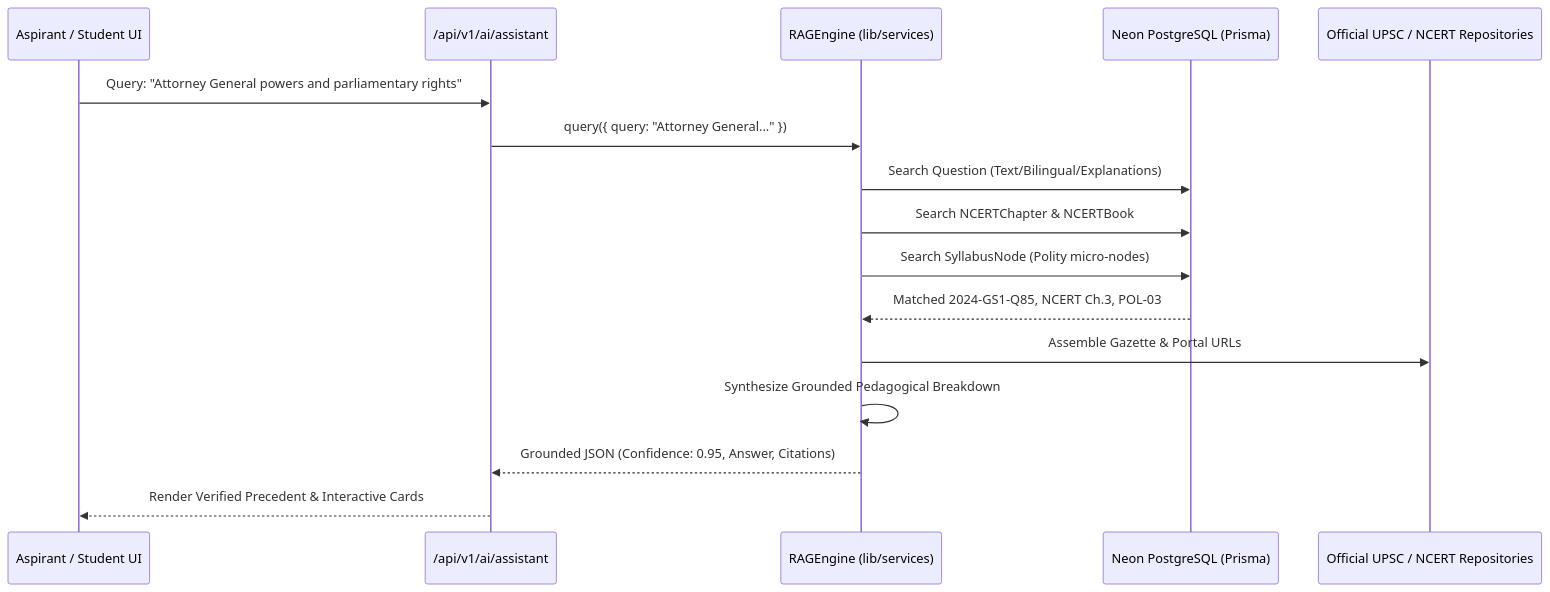
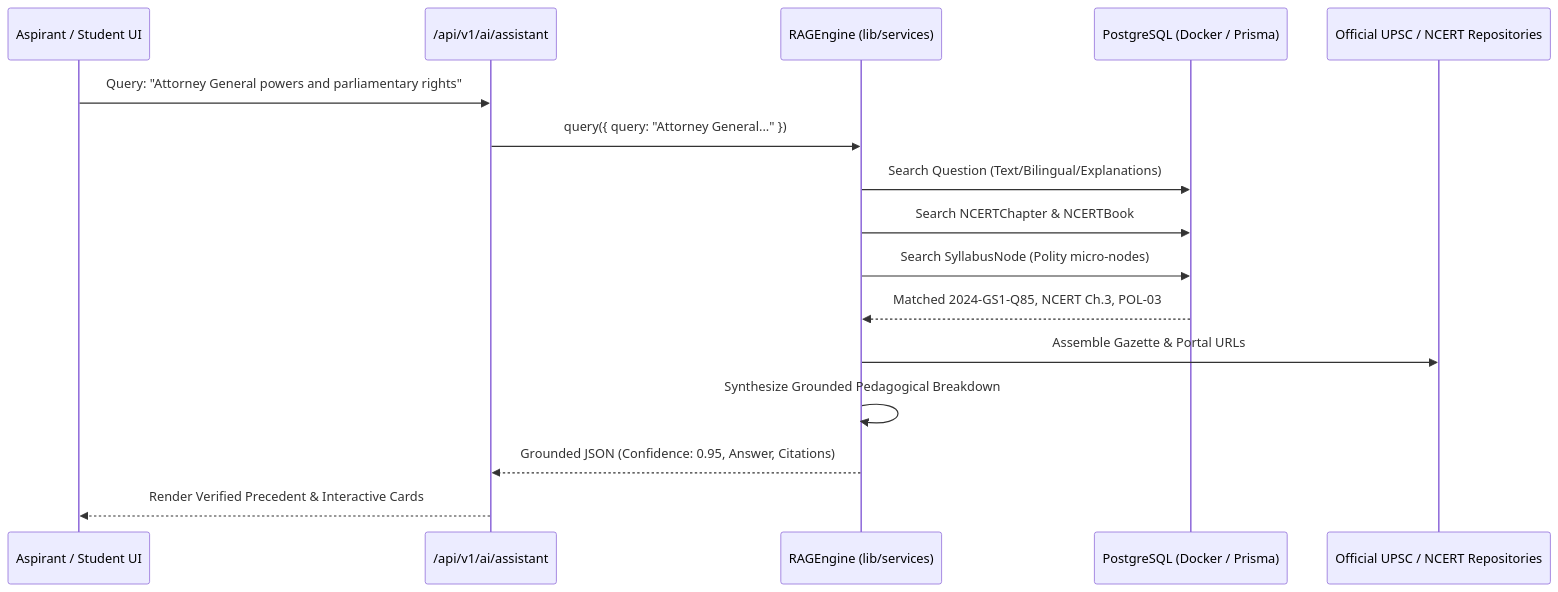
The diagram in RAG_ARCHITECTURE.md (Aradhy20/pravaah-upsc), drawn with Mermaid before and after one commit. The commit also changed 30 other files, not shown here.

First line of the commit message:
chore: remove Neon database and establish Docker PostgreSQL as primary database

````diff
--- a/RAG_ARCHITECTURE.md
+++ b/RAG_ARCHITECTURE.md
@@ -7,19 +7,19 @@
 ```mermaid
 sequenceDiagram
     participant Student as Aspirant / Student UI
     participant API as /api/v1/ai/assistant
     participant RAG as RAGEngine (lib/services)
-    participant DB as Neon PostgreSQL (Prisma)
+    participant DB as PostgreSQL (Docker / Prisma)
     participant Citations as Official UPSC / NCERT Repositories
 
     Student->>API: Query: "Attorney General powers and parliamentary rights"
     API->>RAG: query({ query: "Attorney General..." })
     RAG->>DB: Search Question (Text/Bilingual/Explanations)
     RAG->>DB: Search NCERTChapter & NCERTBook
     RAG->>DB: Search SyllabusNode (Polity micro-nodes)
     DB-->>RAG: Matched 2024-GS1-Q85, NCERT Ch.3, POL-03
     RAG->>Citations: Assemble Gazette & Portal URLs
     RAG->>RAG: Synthesize Grounded Pedagogical Breakdown
     RAG-->>API: Grounded JSON (Confidence: 0.95, Answer, Citations)
     API-->>Student: Render Verified Precedent & Interactive Cards
 ```
````
